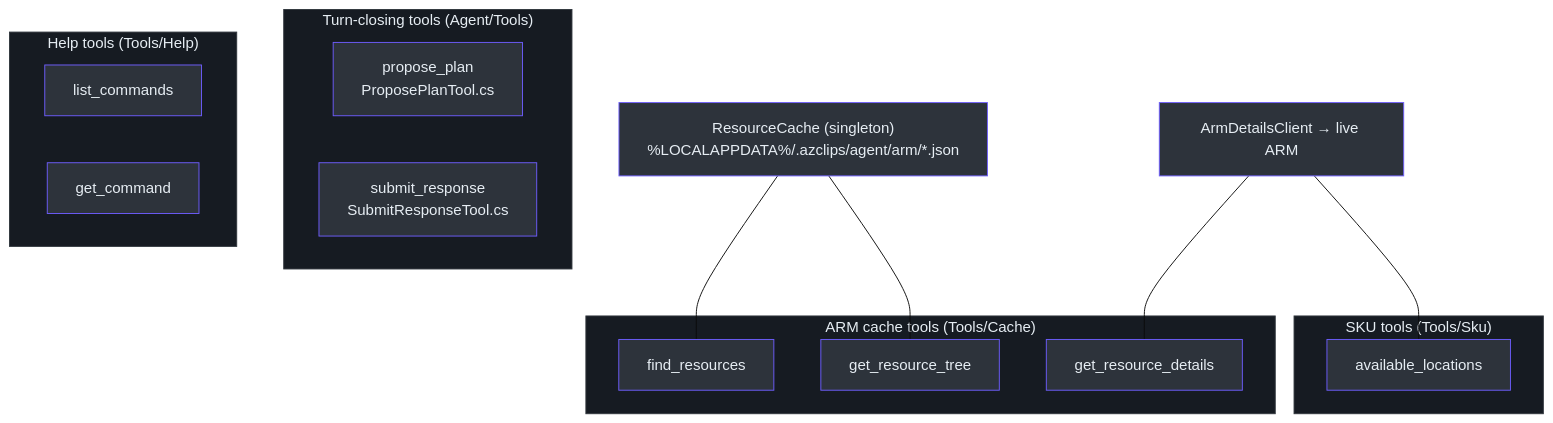
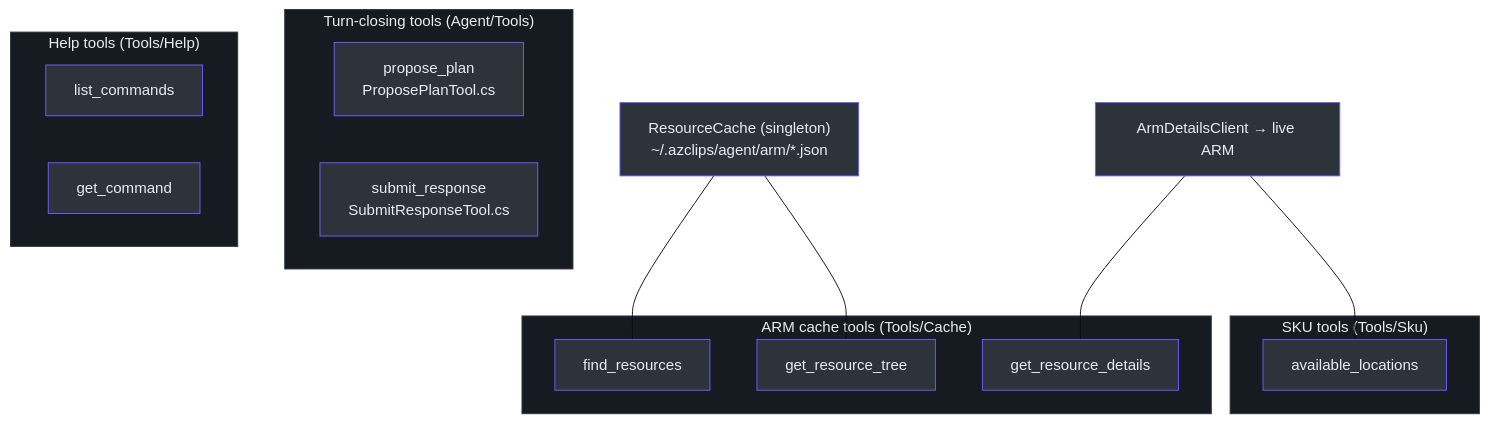
The third of 3 diagrams in wiki/02-deep-dive/ai-agent.md (Azure/azclips), drawn with Mermaid (base theme) before and after one commit. The commit also changed other lines of this file and 23 other files, not shown here.

Commit message:
Move Agent program data under ~/.azclips/agent

````diff
--- a/wiki/02-deep-dive/ai-agent.md
+++ b/wiki/02-deep-dive/ai-agent.md
@@ -252,38 +252,38 @@
 ```mermaid
 flowchart TB
     subgraph Turn["Turn-closing tools (Agent/Tools)"]
         PP["propose_plan<br>ProposePlanTool.cs"]
         SR["submit_response<br>SubmitResponseTool.cs"]
     end
     subgraph Help["Help tools (Tools/Help)"]
         LC["list_commands"]
         GC["get_command"]
     end
     subgraph Cache["ARM cache tools (Tools/Cache)"]
         FR["find_resources"]
         RT["get_resource_tree"]
         RD["get_resource_details"]
     end
     subgraph Sku["SKU tools (Tools/Sku)"]
         AL["available_locations"]
     end
-    RC["ResourceCache (singleton)<br>%LOCALAPPDATA%/.azclips/agent/arm/*.json"] --- FR
+    RC["ResourceCache (singleton)<br>~/.azclips/agent/arm/*.json"] --- FR
     RC --- RT
     ARM["ArmDetailsClient → live ARM"] --- RD
     ARM --- AL
 
     style PP fill:#2d333b,stroke:#6d5dfc,color:#e6edf3
     style SR fill:#2d333b,stroke:#6d5dfc,color:#e6edf3
     style LC fill:#2d333b,stroke:#6d5dfc,color:#e6edf3
     style GC fill:#2d333b,stroke:#6d5dfc,color:#e6edf3
     style FR fill:#2d333b,stroke:#6d5dfc,color:#e6edf3
     style RT fill:#2d333b,stroke:#6d5dfc,color:#e6edf3
     style RD fill:#2d333b,stroke:#6d5dfc,color:#e6edf3
     style AL fill:#2d333b,stroke:#6d5dfc,color:#e6edf3
     style RC fill:#2d333b,stroke:#6d5dfc,color:#e6edf3
     style ARM fill:#2d333b,stroke:#6d5dfc,color:#e6edf3
     style Turn fill:#161b22,stroke:#30363d,color:#e6edf3
     style Help fill:#161b22,stroke:#30363d,color:#e6edf3
     style Cache fill:#161b22,stroke:#30363d,color:#e6edf3
     style Sku fill:#161b22,stroke:#30363d,color:#e6edf3
 ```
````
